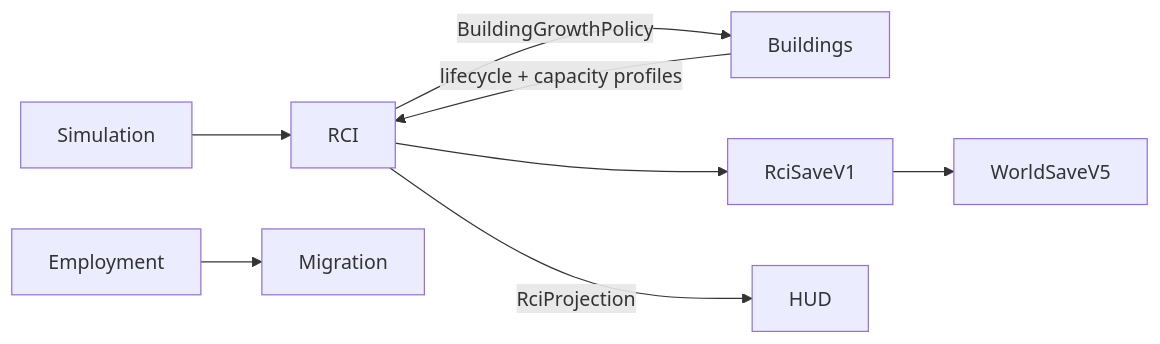
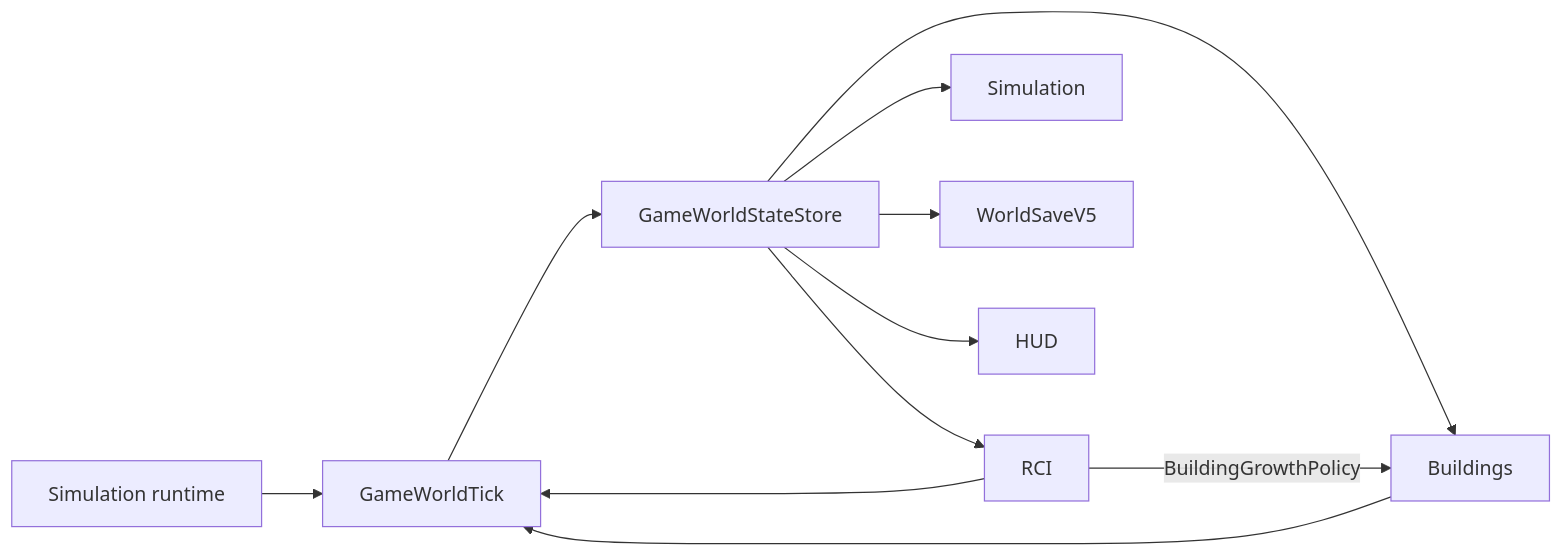
Before and after one commit to petechatchawan/web-three-city: the diagram in docs/systems/rci/README.md, drawn with Mermaid. The commit also changed other lines of this file, not shown here.

Commit message:
docs(rci): document complete runtime integration

````diff
--- a/docs/systems/rci/README.md
+++ b/docs/systems/rci/README.md
@@ -73,10 +98,13 @@
 ```mermaid
 flowchart LR
-  Simulation --> RCI
-  Buildings -->|lifecycle + capacity profiles| RCI
-  Employment --> Migration
-  RCI --> RciSaveV1
-  RciSaveV1 --> WorldSaveV5
+  Runtime[Simulation runtime] --> GameWorldTick
+  Buildings --> GameWorldTick
+  RCI --> GameWorldTick
+  GameWorldTick --> StateStore[GameWorldStateStore]
+  StateStore --> Buildings
+  StateStore --> RCI
+  StateStore --> Simulation
+  StateStore --> WorldSaveV5
+  StateStore --> HUD
   RCI -->|BuildingGrowthPolicy| Buildings
-  RCI -->|RciProjection| HUD
 ```
````
